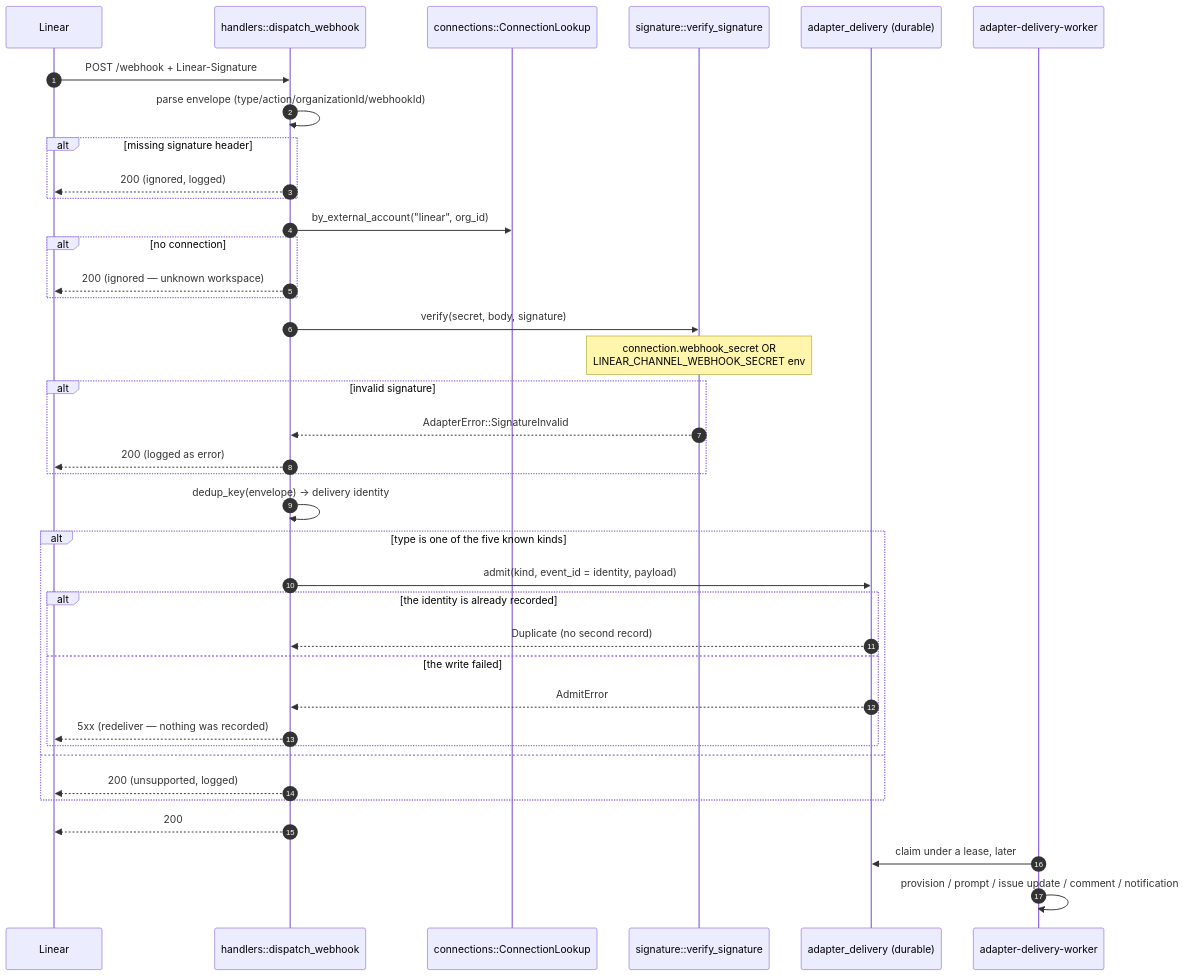
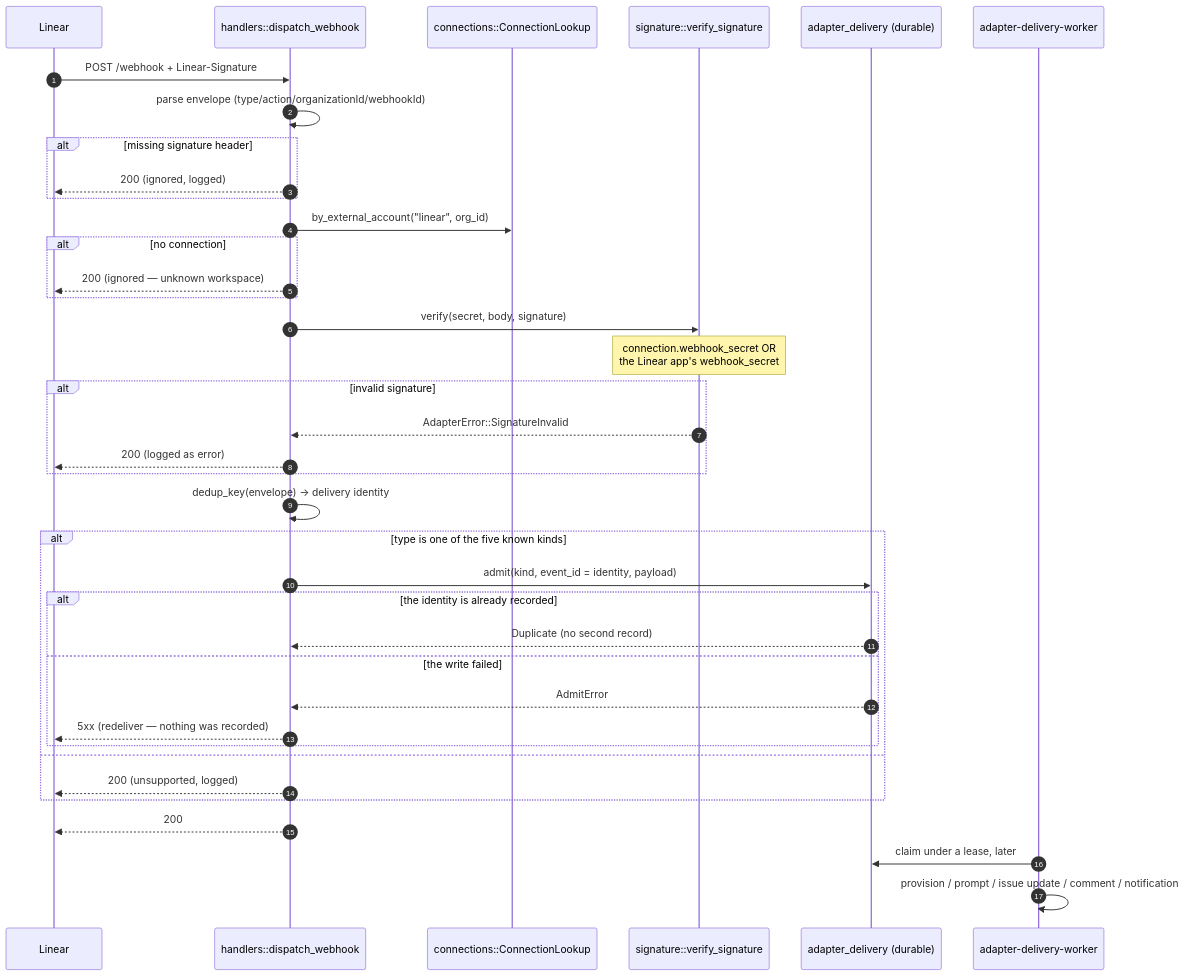
One commit to aorwall/moatless changed the first of 9 diagrams in docs/linear-adapter.md. Above: the diagram before and after it, drawn with Mermaid. The commit also changed 18 other files, not shown here.

First line of the commit message:
refactor(adapters)!: drop the Adapter app and GitHub bot App env path (#1255)

````diff
--- a/docs/linear-adapter.md
+++ b/docs/linear-adapter.md
@@ -67,41 +67,41 @@
 ```mermaid
 sequenceDiagram
     autonumber
     participant Linear
     participant Dispatcher as handlers::dispatch_webhook
     participant ConnRepo as connections::ConnectionLookup
     participant Sig as signature::verify_signature
     participant Delivery as adapter_delivery (durable)
     participant Worker as adapter-delivery-worker
 
     Linear->>Dispatcher: POST /webhook + Linear-Signature
     Dispatcher->>Dispatcher: parse envelope (type/action/organizationId/webhookId)
     alt missing signature header
         Dispatcher-->>Linear: 200 (ignored, logged)
     end
     Dispatcher->>ConnRepo: by_external_account("linear", org_id)
     alt no connection
         Dispatcher-->>Linear: 200 (ignored — unknown workspace)
     end
     Dispatcher->>Sig: verify(secret, body, signature)
-    Note over Sig: connection.webhook_secret OR<br/>LINEAR_CHANNEL_WEBHOOK_SECRET env
+    Note over Sig: connection.webhook_secret OR<br/>the Linear app's webhook_secret
     alt invalid signature
         Sig-->>Dispatcher: AdapterError::SignatureInvalid
         Dispatcher-->>Linear: 200 (logged as error)
     end
     Dispatcher->>Dispatcher: dedup_key(envelope) → delivery identity
     alt type is one of the five known kinds
         Dispatcher->>Delivery: admit(kind, event_id = identity, payload)
         alt the identity is already recorded
             Delivery-->>Dispatcher: Duplicate (no second record)
         else the write failed
             Delivery-->>Dispatcher: AdmitError
             Dispatcher-->>Linear: 5xx (redeliver — nothing was recorded)
         end
     else
         Dispatcher-->>Linear: 200 (unsupported, logged)
     end
     Dispatcher-->>Linear: 200
     Worker->>Delivery: claim under a lease, later
     Worker->>Worker: provision / prompt / issue update / comment / notification
 ```
````
